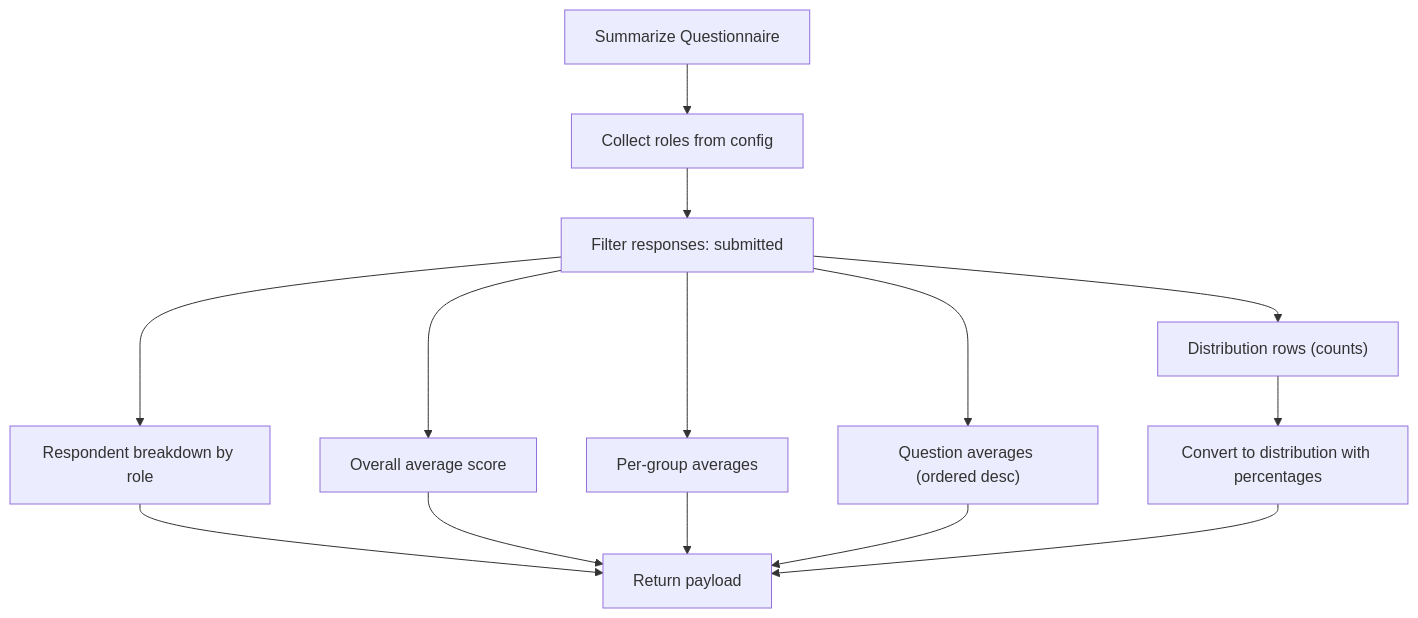
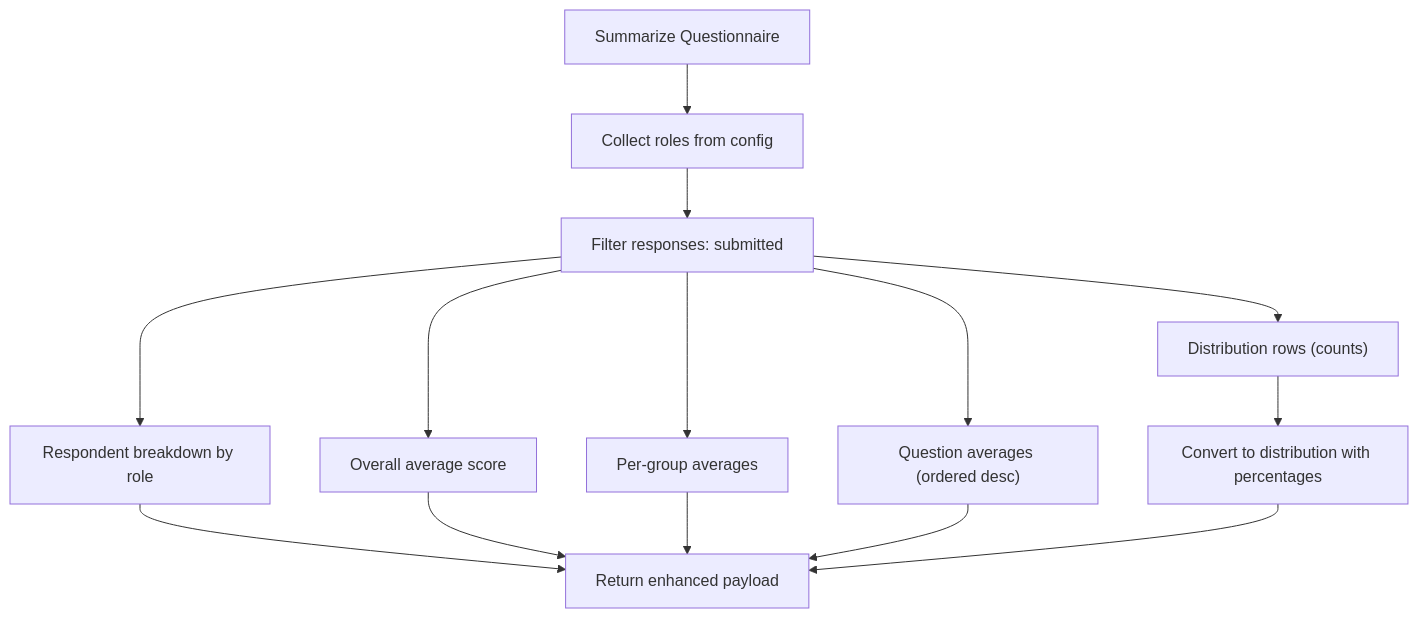
One commit to rudicatsmile/assesment360 changed the sixth of 7 diagrams in .qoder/repowiki/en/content/Core Features/Evaluation Workflows/Evaluation Workflows.md. Above: the diagram before and after it, drawn with Mermaid. The commit also changed other lines of this file and 5 other files, not shown here.

````diff
--- a/.qoder/repowiki/en/content/Core Features/Evaluation Workflows/Evaluation Workflows.md
+++ b/.qoder/repowiki/en/content/Core Features/Evaluation Workflows/Evaluation Workflows.md
@@ -274,16 +339,16 @@
 ```mermaid
 flowchart TD
 A["Summarize Questionnaire"] --> B["Collect roles from config"]
 B --> C["Filter responses: submitted"]
 C --> D["Respondent breakdown by role"]
 C --> E["Overall average score"]
 C --> F["Per-group averages"]
 C --> G["Question averages (ordered desc)"]
 C --> H["Distribution rows (counts)"]
 H --> I["Convert to distribution with percentages"]
-D --> J["Return payload"]
+D --> J["Return enhanced payload"]
 E --> J
 F --> J
 G --> J
 I --> J
 ```
````
